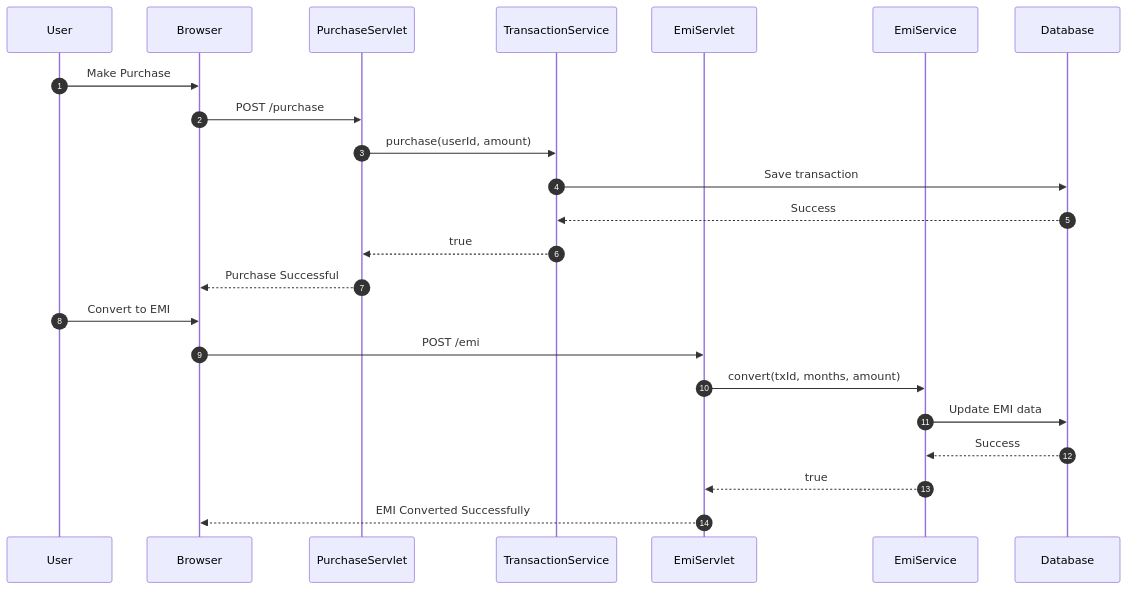
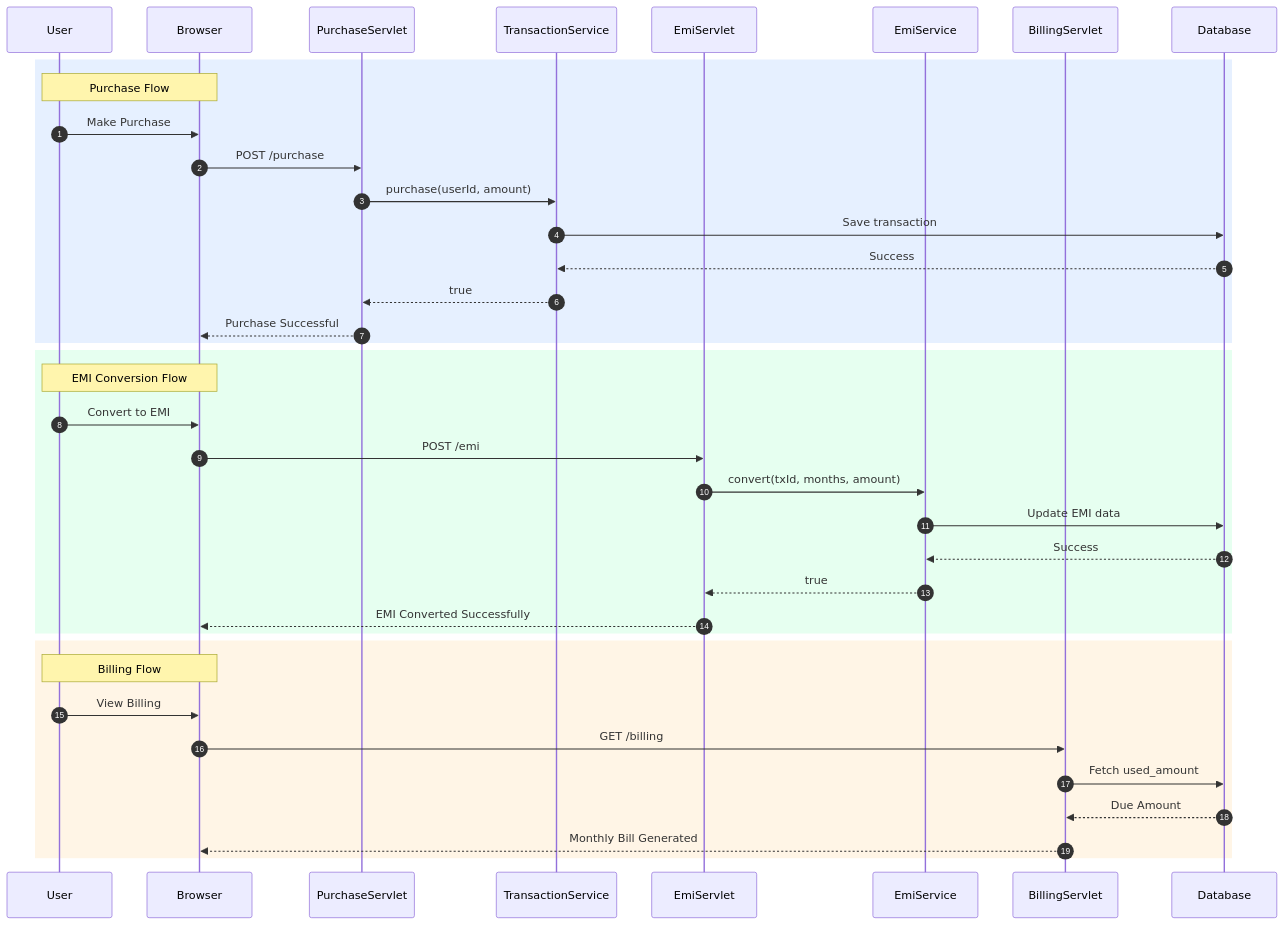
Before and after one commit to gowtham2803/Credit_Card_Management_System: the second of 3 diagrams in Mermaid.md, drawn with Mermaid. The commit also changed other lines of this file, not shown here.

First line of the commit message:
Update Mermaid.md

````diff
--- a/Mermaid.md
+++ b/Mermaid.md
@@ -58,28 +60,47 @@
 ```mermaid
 sequenceDiagram
     autonumber
 
     participant U as User
     participant B as Browser
     participant PS as PurchaseServlet
     participant TS as TransactionService
     participant ES as EmiServlet
     participant EMS as EmiService
+    participant BS as BillingServlet
     participant DB as Database
 
+    %% Purchase Section
+    rect rgb(230, 240, 255)
+    Note over U,B: Purchase Flow
     U->>B: Make Purchase
     B->>PS: POST /purchase
     PS->>TS: purchase(userId, amount)
     TS->>DB: Save transaction
     DB-->>TS: Success
     TS-->>PS: true
     PS-->>B: Purchase Successful
+    end
 
+    %% EMI Section
+    rect rgb(230, 255, 240)
+    Note over U,B: EMI Conversion Flow
     U->>B: Convert to EMI
     B->>ES: POST /emi
     ES->>EMS: convert(txId, months, amount)
     EMS->>DB: Update EMI data
     DB-->>EMS: Success
     EMS-->>ES: true
     ES-->>B: EMI Converted Successfully
+    end
+
+    %% Billing Section
+    rect rgb(255, 245, 230)
+    Note over U,B: Billing Flow
+    U->>B: View Billing
+    B->>BS: GET /billing
+    BS->>DB: Fetch used_amount
+    DB-->>BS: Due Amount
+    BS-->>B: Monthly Bill Generated
+    end
 ```
````
